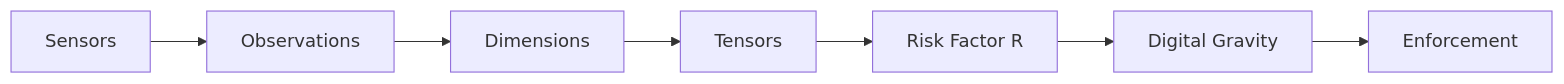
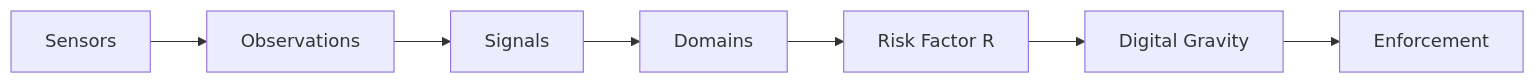
Before and after one commit to nmcitra/ktp-rfc: the second of 2 diagrams in rfcs/ktp-signals.md, drawn with Mermaid. The commit also changed other lines of this file and 70 other files, not shown here.

````diff
--- a/rfcs/ktp-signals.md
+++ b/rfcs/ktp-signals.md
@@ -130,9 +130,9 @@
 ```mermaid
 graph LR
     S[Sensors] --> O[Observations]
-    O --> D[Dimensions]
-    D --> T[Tensors]
+    O --> D[Signals]
+    D --> T[Domains]
     T --> R[Risk Factor R]
     R --> G[Digital Gravity]
     G --> E[Enforcement]
 ```
````
